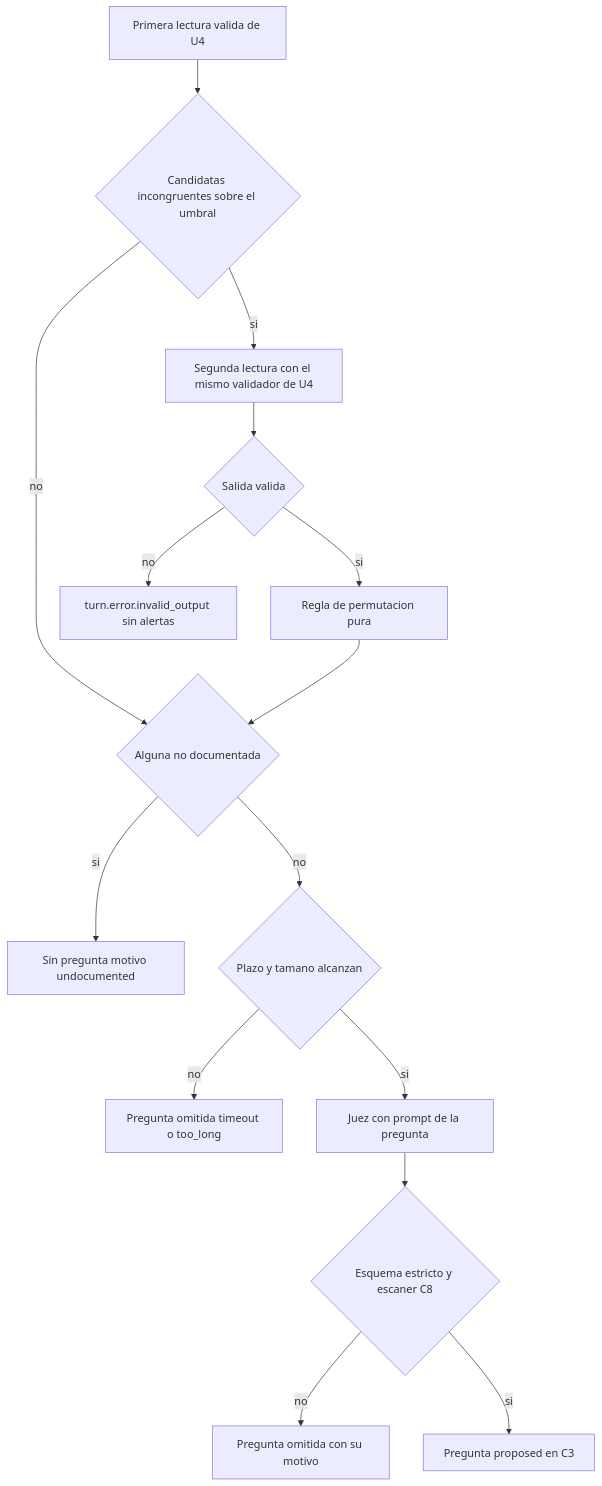
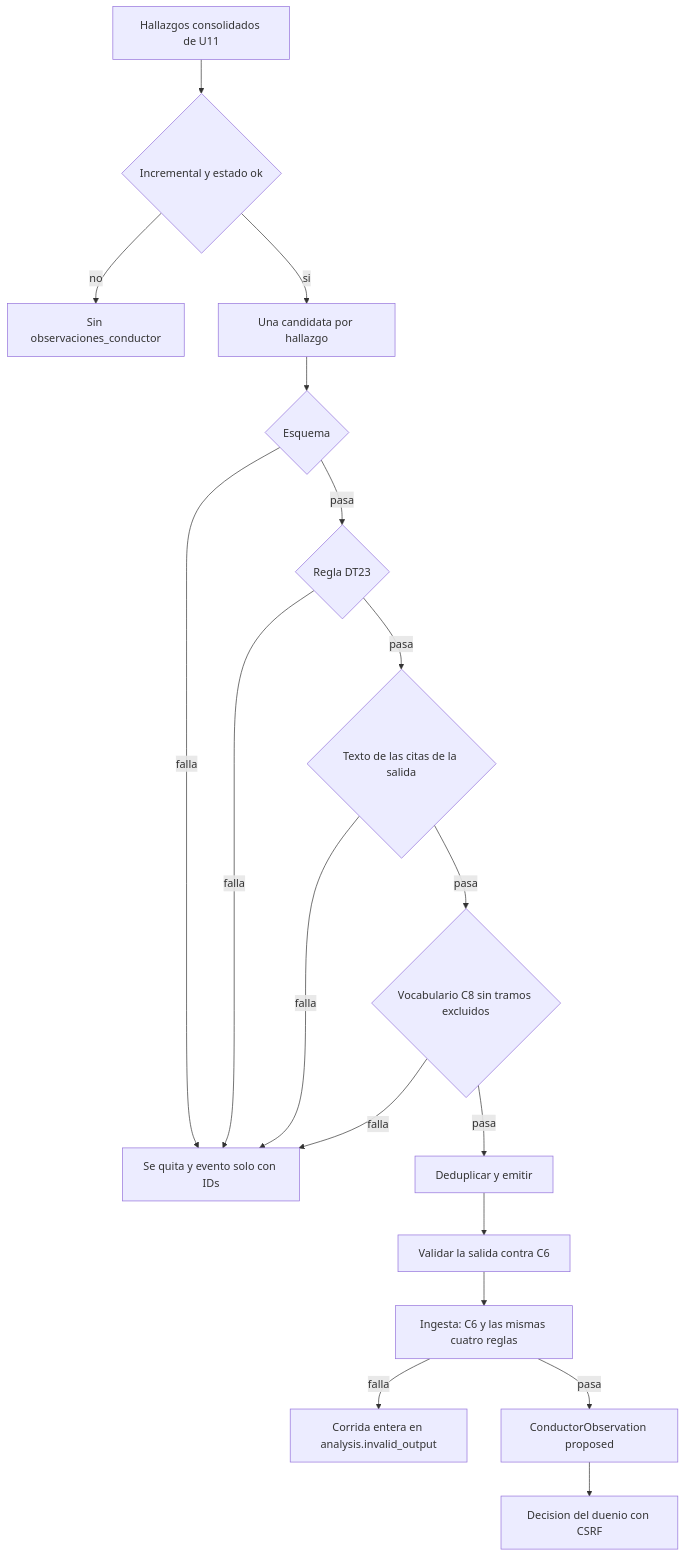
Before and after one commit to freyesJaveriana/tai: the diagram in aidlc/spaces/default/intents/261002-veridicus-mvp/construction/assistant-extras/nfr-design/security-design.md, drawn with Mermaid. The commit also changed other lines of this file and 10 other files, not shown here.

````diff
--- a/aidlc/spaces/default/intents/261002-veridicus-mvp/construction/assistant-extras/nfr-design/security-design.md
+++ b/aidlc/spaces/default/intents/261002-veridicus-mvp/construction/assistant-extras/nfr-design/security-design.md
@@ -35,17 +72,20 @@
 ```mermaid
 flowchart TD
-  P[Primera lectura valida de U4] --> C{Candidatas incongruentes sobre el umbral}
-  C -- no --> Q
-  C -- si --> S[Segunda lectura con el mismo validador de U4]
-  S --> V{Salida valida}
-  V -- no --> X[turn.error.invalid_output sin alertas]
-  V -- si --> R[Regla de permutacion pura]
-  R --> Q{Alguna no documentada}
-  Q -- si --> N[Sin pregunta motivo undocumented]
-  Q -- no --> T{Plazo y tamano alcanzan}
-  T -- no --> O[Pregunta omitida timeout o too_long]
-  T -- si --> J[Juez con prompt de la pregunta]
-  J --> E{Esquema estricto y escaner C8}
-  E -- no --> O2[Pregunta omitida con su motivo]
-  E -- si --> K[Pregunta proposed en C3]
+  H[Hallazgos consolidados de U11] --> M{Incremental y estado ok}
+  M -- no --> N[Sin observaciones_conductor]
+  M -- si --> C[Una candidata por hallazgo]
+  C --> S{Esquema}
+  S -- falla --> D[Se quita y evento solo con IDs]
+  S -- pasa --> R{Regla DT23}
+  R -- falla --> D
+  R -- pasa --> Q{Texto de las citas de la salida}
+  Q -- falla --> D
+  Q -- pasa --> V{Vocabulario C8 sin tramos excluidos}
+  V -- falla --> D
+  V -- pasa --> U[Deduplicar y emitir]
+  U --> K[Validar la salida contra C6]
+  K --> I[Ingesta: C6 y las mismas cuatro reglas]
+  I -- falla --> E[Corrida entera en analysis.invalid_output]
+  I -- pasa --> P[ConductorObservation proposed]
+  P --> A[Decision del duenio con CSRF]
 ```
````
